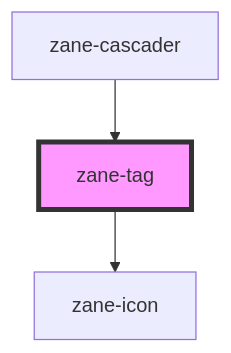
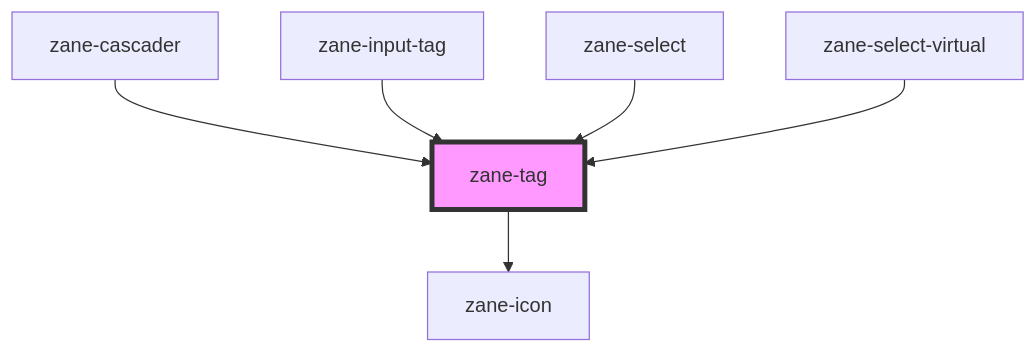
One commit to AmilyCi/zane-ui changed the diagram in src/components/tag/readme.md. Above: the diagram before and after it, drawn with Mermaid. The commit also changed other lines of this file and 46 other files, not shown here.

````diff
--- a/src/components/tag/readme.md
+++ b/src/components/tag/readme.md
@@ -40,6 +43,9 @@
 ```mermaid
 graph TD;
   zane-tag --> zane-icon
   zane-cascader --> zane-tag
+  zane-input-tag --> zane-tag
+  zane-select --> zane-tag
+  zane-select-virtual --> zane-tag
   style zane-tag fill:#f9f,stroke:#333,stroke-width:4px
 ```
````
